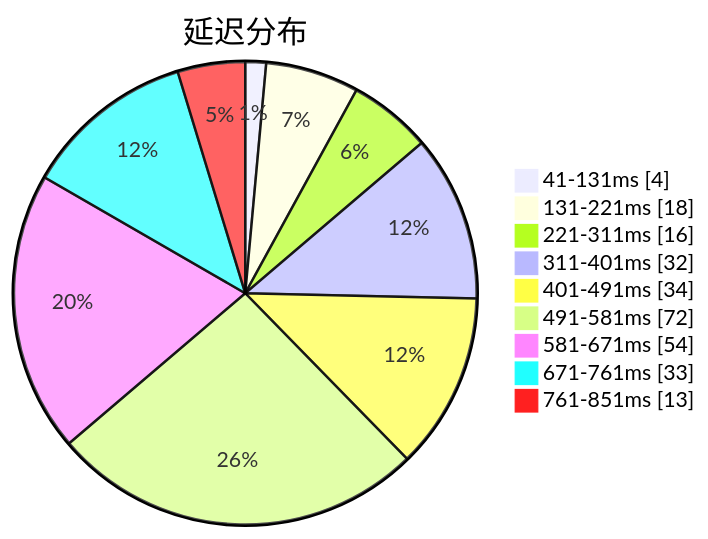
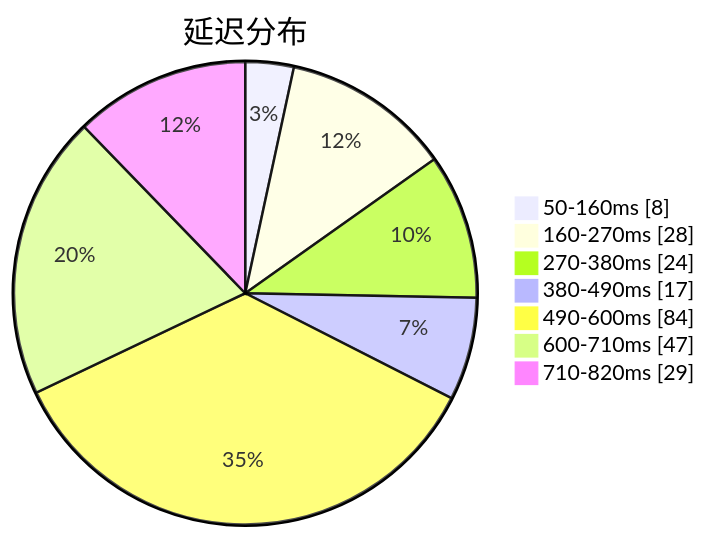
One commit to sinspired/airport changed the first of 3 diagrams in subs/statistics/tested_within.md. Above: the diagram before and after it, drawn with Mermaid. The commit also changed other lines of this file and 2 other files, not shown here.

````diff
--- a/subs/statistics/tested_within.md
+++ b/subs/statistics/tested_within.md
@@ -2,13 +2,11 @@
 ```mermaid
 pie showData
 title 延迟分布
-"41-131ms" : 4
-"131-221ms" : 18
-"221-311ms" : 16
-"311-401ms" : 32
-"401-491ms" : 34
-"491-581ms" : 72
-"581-671ms" : 54
-"671-761ms" : 33
-"761-851ms" : 13
+"50-160ms" : 8
+"160-270ms" : 28
+"270-380ms" : 24
+"380-490ms" : 17
+"490-600ms" : 84
+"600-710ms" : 47
+"710-820ms" : 29
 ```
````
